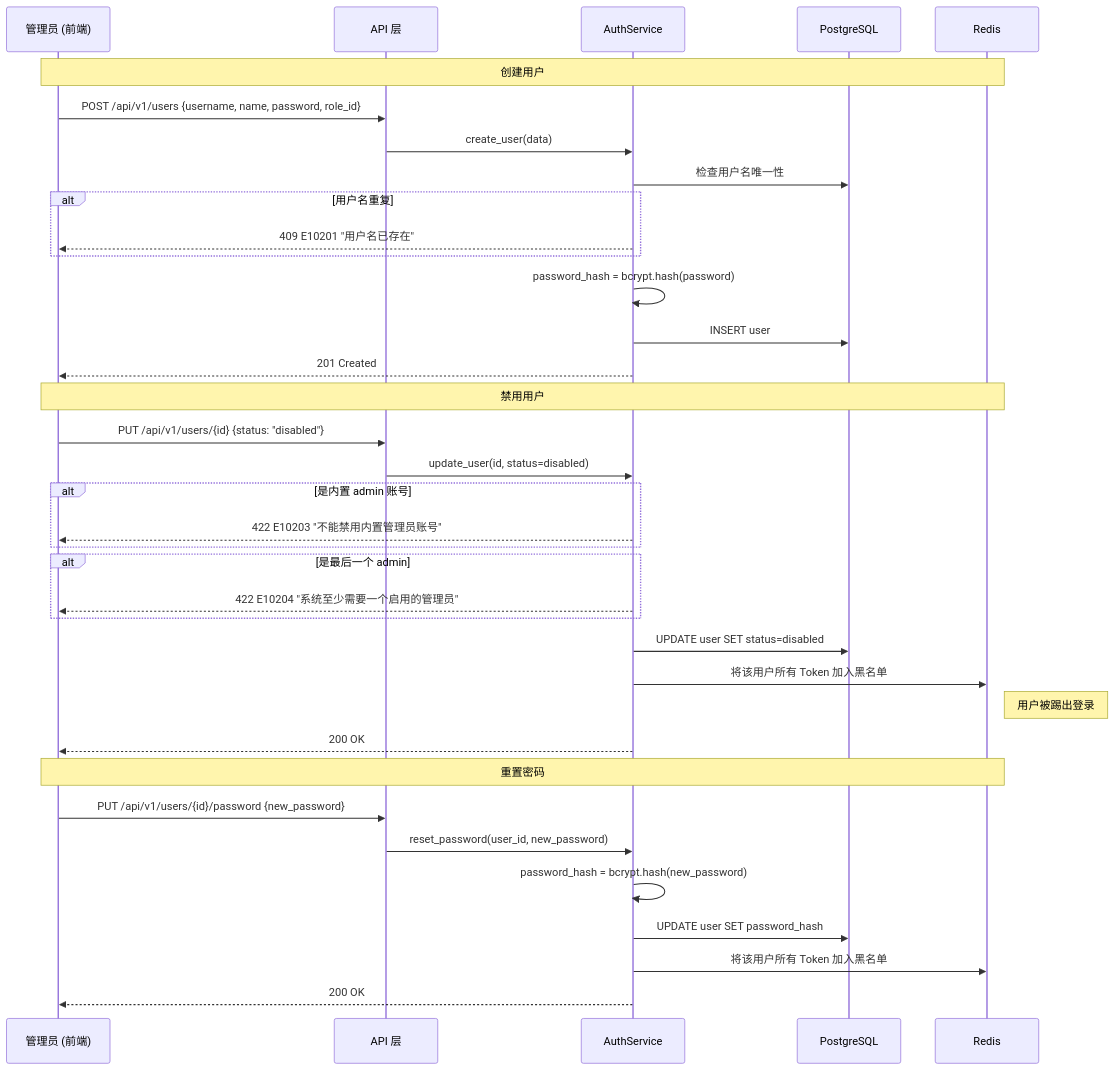
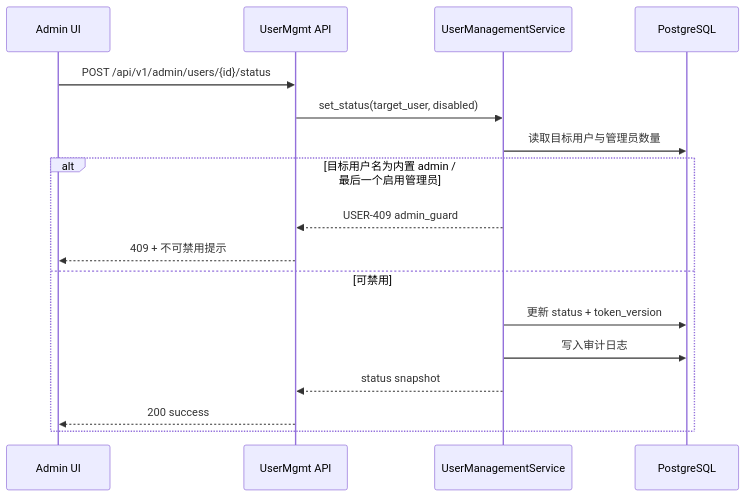
Before and after one commit to WangShaoyu1/spec_kit_superpower: the third of 3 diagrams in specs/master/ad/ad-user-mgmt.md, drawn with Mermaid. The commit also changed other lines of this file and 416 other files, not shown here.

````diff
--- a/specs/master/ad/ad-user-mgmt.md
+++ b/specs/master/ad/ad-user-mgmt.md
@@ -211,44 +98,20 @@
 ```mermaid
 sequenceDiagram
-    participant Admin as 管理员 (前端)
-    participant API as API 层
-    participant AS as AuthService
-    participant DB as PostgreSQL
-    participant R as Redis
+    participant A as Admin UI
+    participant API as UserMgmt API
+    participant SVC as UserManagementService
+    participant PG as PostgreSQL
 
-    Note over Admin, R: 创建用户
-    Admin->>API: POST /api/v1/users {username, name, password, role_id}
-    API->>AS: create_user(data)
-    AS->>DB: 检查用户名唯一性
-    alt 用户名重复
-        AS-->>Admin: 409 E10201 "用户名已存在"
+    A->>API: POST /api/v1/admin/users/{id}/status
+    API->>SVC: set_status(target_user, disabled)
+    SVC->>PG: 读取目标用户与管理员数量
+    alt 目标用户名为内置 admin / 最后一个启用管理员
+        SVC-->>API: USER-409 admin_guard
+        API-->>A: 409 + 不可禁用提示
+    else 可禁用
+        SVC->>PG: 更新 status + token_version
+        SVC->>PG: 写入审计日志
+        SVC-->>API: status snapshot
+        API-->>A: 200 success
     end
-    AS->>AS: password_hash = bcrypt.hash(password)
-    AS->>DB: INSERT user
-    AS-->>Admin: 201 Created
-
-    Note over Admin, R: 禁用用户
-    Admin->>API: PUT /api/v1/users/{id} {status: "disabled"}
-    API->>AS: update_user(id, status=disabled)
-
-    alt 是内置 admin 账号
-        AS-->>Admin: 422 E10203 "不能禁用内置管理员账号"
-    end
-
-    alt 是最后一个 admin
-        AS-->>Admin: 422 E10204 "系统至少需要一个启用的管理员"
-    end
-
-    AS->>DB: UPDATE user SET status=disabled
-    AS->>R: 将该用户所有 Token 加入黑名单
-    Note right of R: 用户被踢出登录
-    AS-->>Admin: 200 OK
-
-    Note over Admin, R: 重置密码
-    Admin->>API: PUT /api/v1/users/{id}/password {new_password}
-    API->>AS: reset_password(user_id, new_password)
-    AS->>AS: password_hash = bcrypt.hash(new_password)
-    AS->>DB: UPDATE user SET password_hash
-    AS->>R: 将该用户所有 Token 加入黑名单
-    AS-->>Admin: 200 OK
 ```
````
